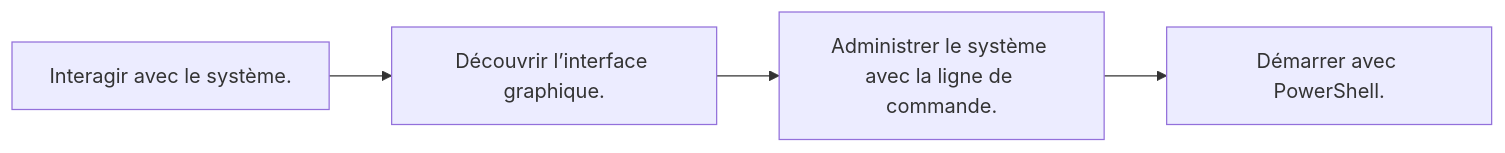
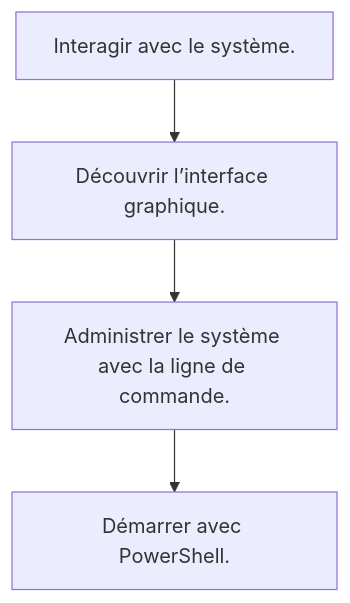
Before and after one commit to sk34pk25/tssr-cours: the second of 5 diagrams in docs/modules/02-systemes-clients-microsoft/module-03-interagir-avec-windows-10.md, drawn with Mermaid. The commit also changed other lines of this file and 12 other files, not shown here.

````diff
--- a/docs/modules/02-systemes-clients-microsoft/module-03-interagir-avec-windows-10.md
+++ b/docs/modules/02-systemes-clients-microsoft/module-03-interagir-avec-windows-10.md
@@ -81,10 +79,10 @@
 ```mermaid
-flowchart LR
+flowchart TD
     N1["Interagir avec le système."]
     N2["Découvrir l’interface graphique."]
     N3["Administrer le système avec la ligne de commande."]
     N4["Démarrer avec PowerShell."]
     N1 --> N2
     N2 --> N3
     N3 --> N4
 ```
````
